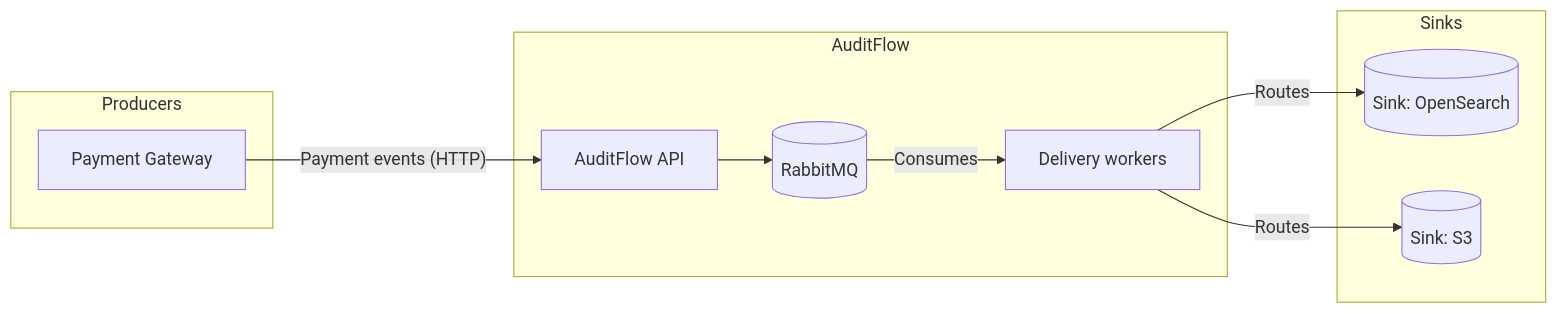
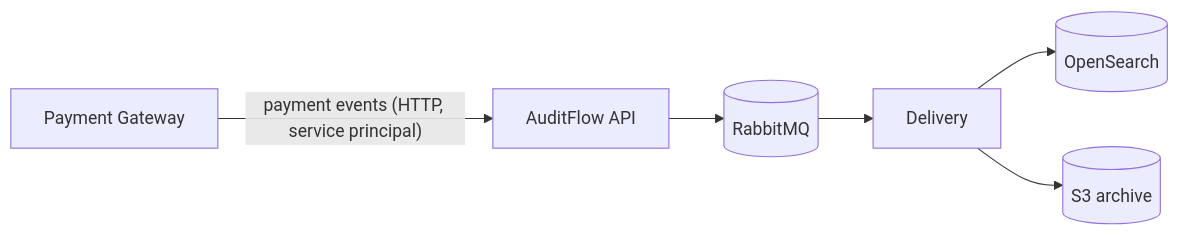
The third of 6 diagrams in introduction/architecture.md (Labs64/labs64.io-docs), drawn with Mermaid before and after one commit. The commit also changed other lines of this file and 27 other files, not shown here.

First line of the commit message:
Make the public docs the primary architecture and module reference

````diff
--- a/introduction/architecture.md
+++ b/introduction/architecture.md
@@ -50,23 +105,8 @@
 ```mermaid
 flowchart LR
-    subgraph Producers
-        PG[Payment Gateway]
-    end
-    
-    subgraph AuditFlow
-        API[AuditFlow API]
-        MQ[(RabbitMQ)]
-        AF[Delivery workers]
-    end
-    
-    subgraph Sinks
-        SINK1[(Sink: OpenSearch)]
-        SINK2[(Sink: S3)]
-    end
-
-    PG -->|"Payment events (HTTP)"| API
-    API --> MQ
-    MQ -->|"Consumes"| AF
-    AF -->|"Routes"| SINK1
-    AF -->|"Routes"| SINK2
+    PG["Payment Gateway"] -->|"payment events (HTTP, service principal)"| API["AuditFlow API"]
+    API --> MQ[("RabbitMQ")]
+    MQ --> W["Delivery"]
+    W --> S1[("OpenSearch")]
+    W --> S2[("S3 archive")]
 ```
````
